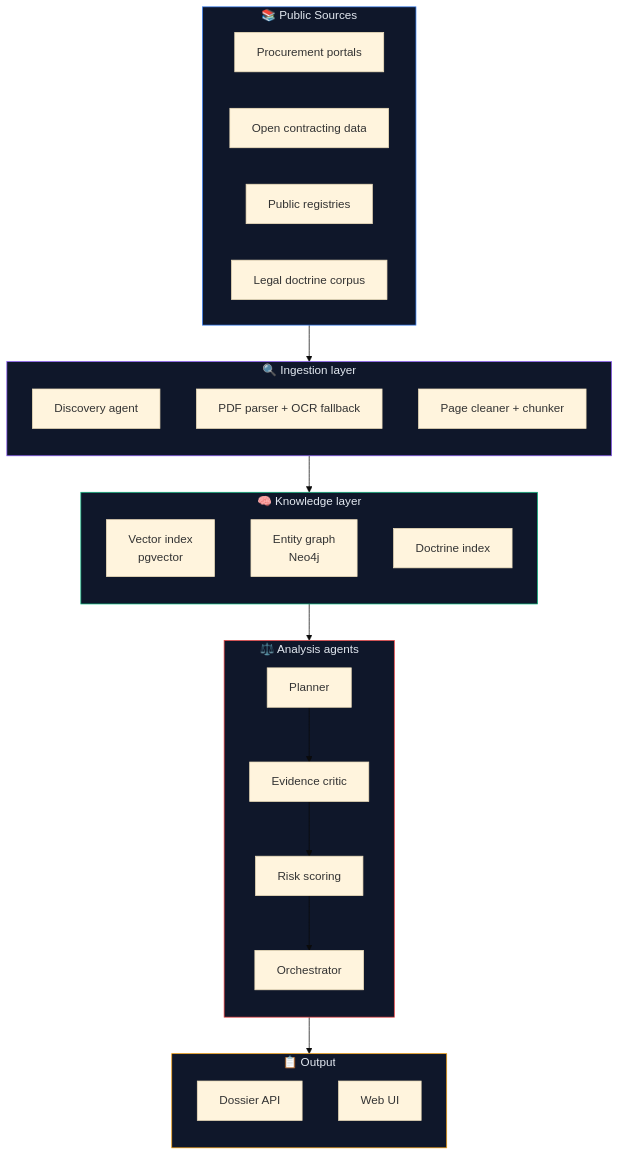
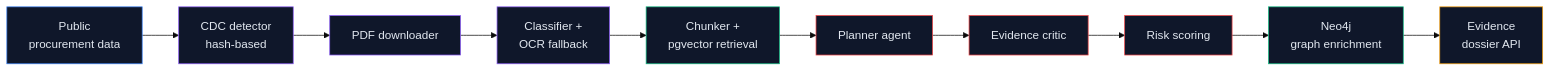
One commit to agente-perry/agente-p changed the diagram in README.md. Above: the diagram before and after it, drawn with Mermaid (base theme). The commit also changed other lines of this file, not shown here.

First line of the commit message:
docs(readme): top-tier landing-page README with verified claims

````diff
--- a/README.md
+++ b/README.md
@@ -30,50 +73,23 @@
 ```mermaid
-flowchart TB
-    subgraph Sources[" 📚 Public Sources "]
-        direction LR
-        S1[Procurement portals]
-        S2[Open contracting data]
-        S3[Public registries]
-        S4[Legal doctrine corpus]
-    end
+flowchart LR
+    A[Public<br/>procurement data] --> B[CDC detector<br/>hash-based]
+    B --> C[PDF downloader]
+    C --> D[Classifier +<br/>OCR fallback]
+    D --> E[Chunker +<br/>pgvector retrieval]
+    E --> F[Planner agent]
+    F --> G[Evidence critic]
+    G --> H[Risk scoring]
+    H --> I[Neo4j<br/>graph enrichment]
+    I --> J[Evidence<br/>dossier API]
 
-    subgraph Ingestion[" 🔍 Ingestion layer "]
-        direction TB
-        I1[Discovery agent]
-        I2[PDF parser + OCR fallback]
-        I3[Page cleaner + chunker]
-    end
-
-    subgraph Knowledge[" 🧠 Knowledge layer "]
-        direction TB
-        K1[Vector index<br/>pgvector]
-        K2[Entity graph<br/>Neo4j]
-        K3[Doctrine index]
-    end
-
-    subgraph Agents[" ⚖️ Analysis agents "]
-        direction TB
-        A1[Planner]
-        A2[Evidence critic]
-        A3[Risk scoring]
-        A4[Orchestrator]
-    end
-
-    subgraph Output[" 📋 Output "]
-        direction TB
-        O1[Dossier API]
-        O2[Web UI]
-    end
-
-    Sources --> Ingestion
-    Ingestion --> Knowledge
-    Knowledge --> Agents
-    A1 --> A2 --> A3 --> A4
-    A4 --> Output
-
-    style Sources fill:#0f172a,stroke:#3b82f6,color:#e2e8f0
-    style Ingestion fill:#0f172a,stroke:#8b5cf6,color:#e2e8f0
-    style Knowledge fill:#0f172a,stroke:#10b981,color:#e2e8f0
-    style Agents fill:#0f172a,stroke:#ef4444,color:#e2e8f0
-    style Output fill:#0f172a,stroke:#f59e0b,color:#e2e8f0
+    style A fill:#0f172a,stroke:#3b82f6,color:#e2e8f0
+    style B fill:#0f172a,stroke:#8b5cf6,color:#e2e8f0
+    style C fill:#0f172a,stroke:#8b5cf6,color:#e2e8f0
+    style D fill:#0f172a,stroke:#8b5cf6,color:#e2e8f0
+    style E fill:#0f172a,stroke:#10b981,color:#e2e8f0
+    style F fill:#0f172a,stroke:#ef4444,color:#e2e8f0
+    style G fill:#0f172a,stroke:#ef4444,color:#e2e8f0
+    style H fill:#0f172a,stroke:#ef4444,color:#e2e8f0
+    style I fill:#0f172a,stroke:#10b981,color:#e2e8f0
+    style J fill:#0f172a,stroke:#f59e0b,color:#e2e8f0
 ```
````
